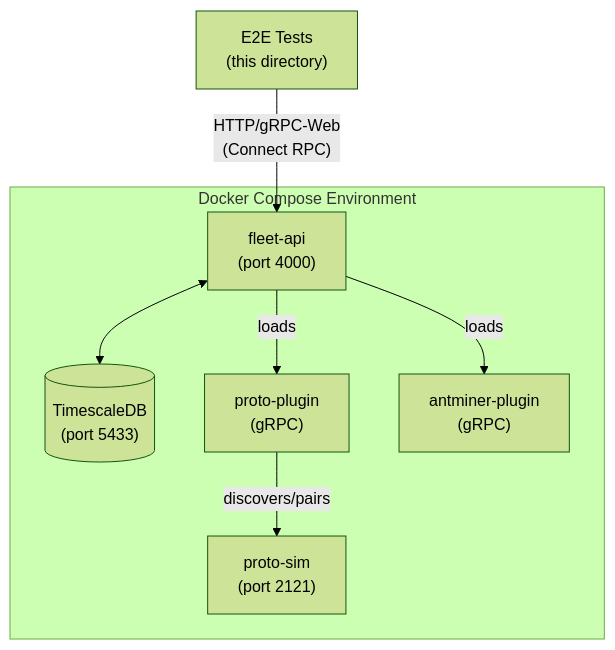
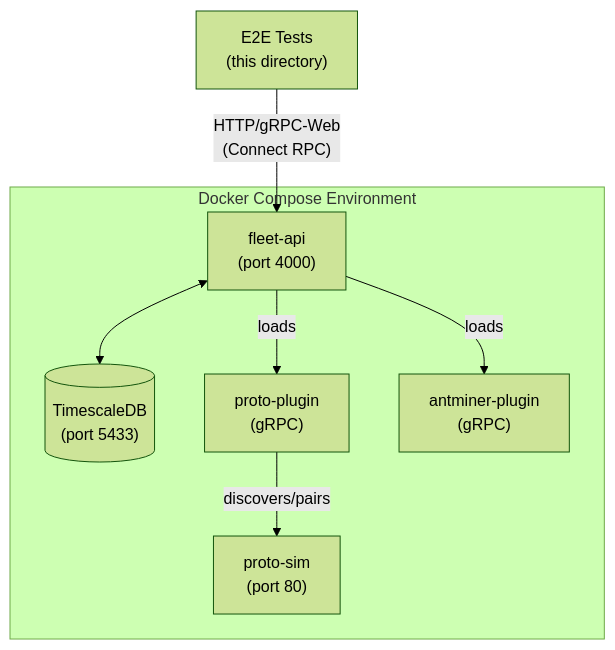
The diagram in server/e2e/README.md (block/proto-fleet), drawn with Mermaid (forest theme) before and after one commit. The commit also changed other lines of this file and 15 other files, not shown here.

````diff
--- a/server/e2e/README.md
+++ b/server/e2e/README.md
@@ -28,18 +28,18 @@
 ```mermaid
 flowchart TB
     subgraph docker["Docker Compose Environment"]
         fleet["fleet-api<br/>(port 4000)"]
         db[("TimescaleDB<br/>(port 5433)")]
         proto-plugin["proto-plugin<br/>(gRPC)"]
         antminer-plugin["antminer-plugin<br/>(gRPC)"]
-        proto-sim["proto-sim<br/>(port 2121)"]
+        proto-sim["proto-sim<br/>(port 80)"]
 
         fleet <--> db
         fleet -- loads --> proto-plugin
         fleet -- loads --> antminer-plugin
         proto-plugin -- discovers/pairs --> proto-sim
     end
 
     tests["E2E Tests<br/>(this directory)"]
     tests -- "HTTP/gRPC-Web<br/>(Connect RPC)" --> fleet
 ```
````
